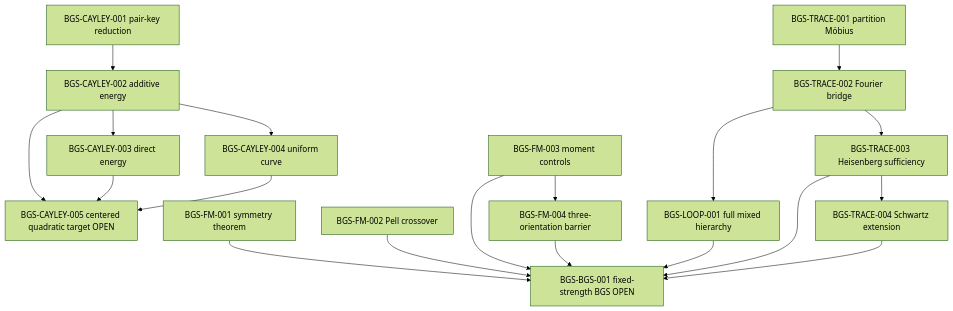
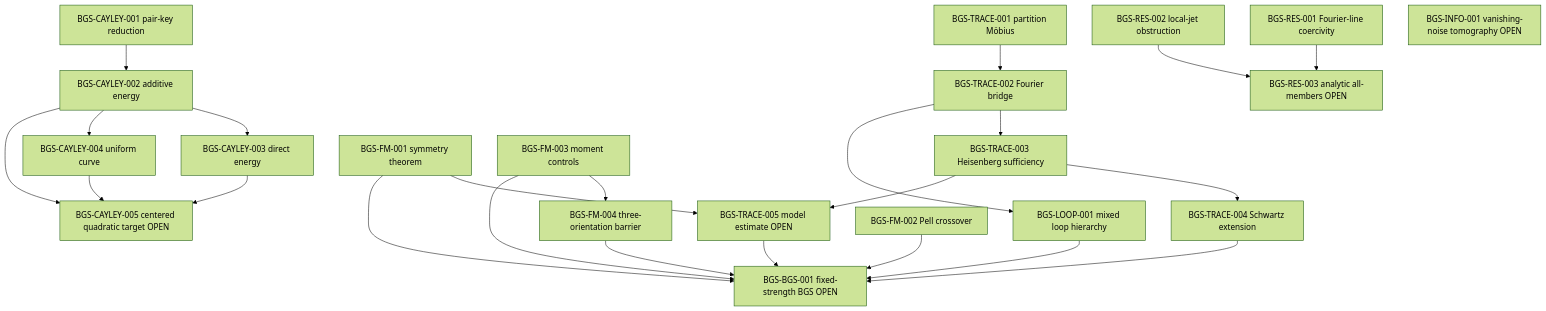
Before and after one commit to ChurilovMaksim/BGS: the diagram in record/scientific_dependency_graph.md, drawn with Mermaid (forest theme). The commit also changed other lines of this file and 44 other files, not shown here.

````diff
--- a/record/scientific_dependency_graph.md
+++ b/record/scientific_dependency_graph.md
@@ -7,23 +7,31 @@
 ```mermaid
 graph TD
   C1[BGS-CAYLEY-001 pair-key reduction] --> C2[BGS-CAYLEY-002 additive energy]
   C2 --> C3[BGS-CAYLEY-003 direct energy]
   C2 --> C4[BGS-CAYLEY-004 uniform curve]
   C2 --> C5[BGS-CAYLEY-005 centered quadratic target OPEN]
   C3 --> C5
   C4 --> C5
 
   T1[BGS-TRACE-001 partition Möbius] --> T2[BGS-TRACE-002 Fourier bridge]
   T2 --> T3[BGS-TRACE-003 Heisenberg sufficiency]
   T3 --> T4[BGS-TRACE-004 Schwartz extension]
+  F1[BGS-FM-001 symmetry theorem] --> T5[BGS-TRACE-005 model estimate OPEN]
+  T3 --> T5
 
   F3[BGS-FM-003 moment controls] --> F4[BGS-FM-004 three-orientation barrier]
-  T2 --> L1[BGS-LOOP-001 full mixed hierarchy]
-  F1[BGS-FM-001 symmetry theorem] --> B[BGS-BGS-001 fixed-strength BGS OPEN]
+  T2 --> L1[BGS-LOOP-001 mixed loop hierarchy]
+
+  R1[BGS-RES-001 Fourier-line coercivity] --> R3[BGS-RES-003 analytic all-members OPEN]
+  R2[BGS-RES-002 local-jet obstruction] --> R3
+
+  F1 --> B[BGS-BGS-001 fixed-strength BGS OPEN]
   F2[BGS-FM-002 Pell crossover] --> B
   F3 --> B
   F4 --> B
   L1 --> B
-  T3 --> B
   T4 --> B
+  T5 --> B
+
+  I[BGS-INFO-001 vanishing-noise tomography OPEN]
 ```
````
